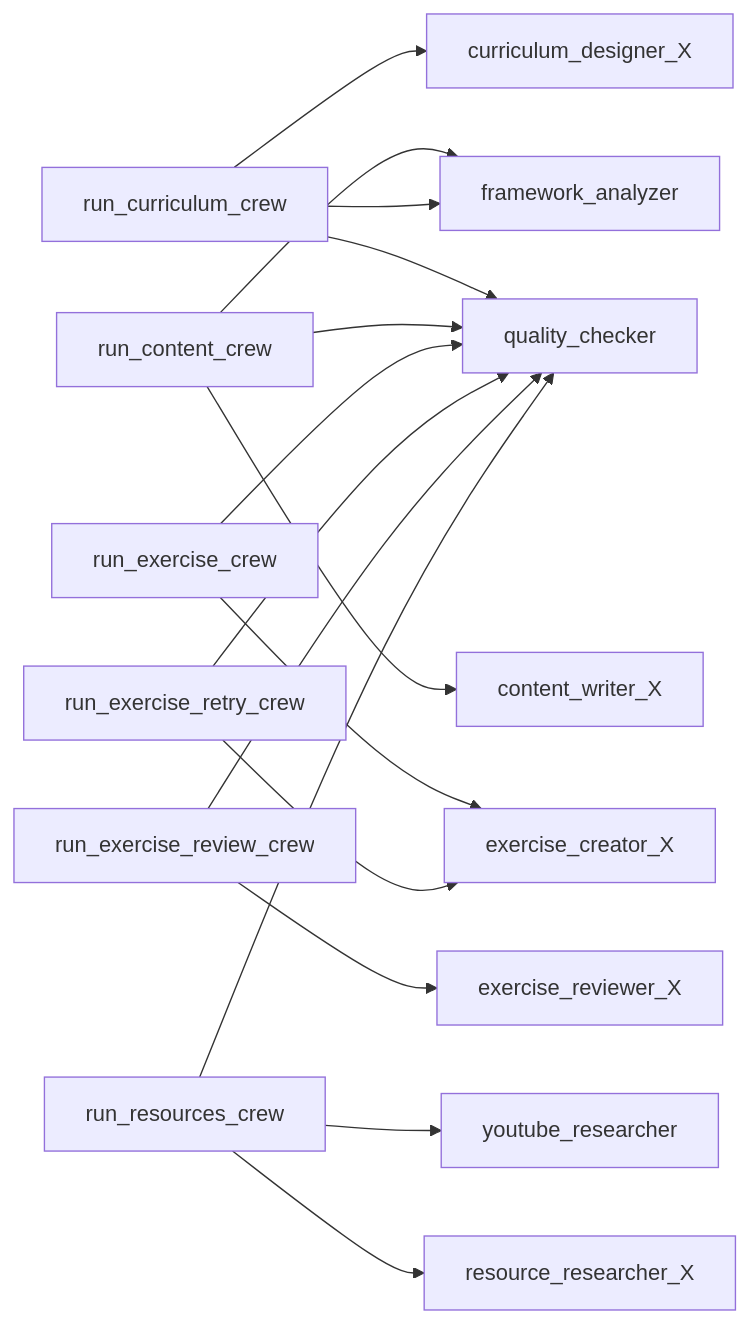
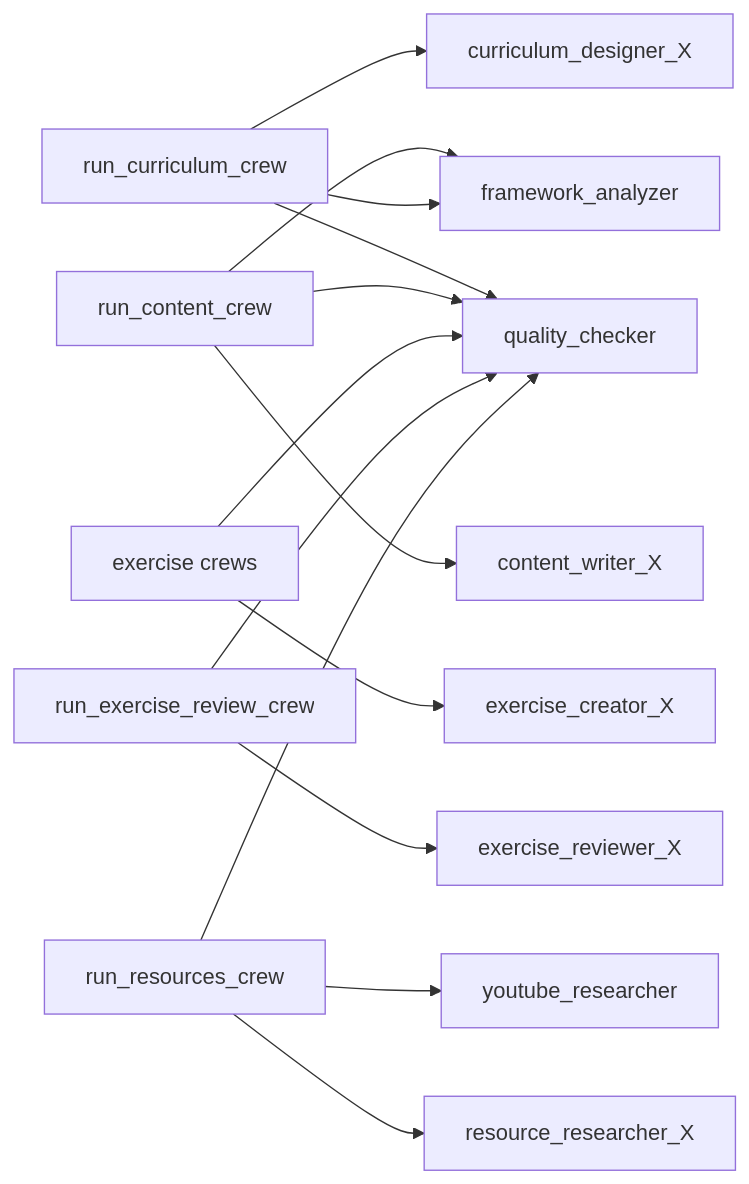
One commit to Dockdep/LessonHub changed the second of 2 diagrams in diagrams/ai/04-agents.md. Above: the diagram before and after it, drawn with Mermaid. The commit also changed other lines of this file and 36 other files, not shown here.

````diff
--- a/diagrams/ai/04-agents.md
+++ b/diagrams/ai/04-agents.md
@@ -161,19 +51,17 @@
 ```mermaid
 flowchart LR
   cur_c[run_curriculum_crew] --> cda[curriculum_designer_X]
   con_c[run_content_crew] --> cwa[content_writer_X]
   con_c --> faa[framework_analyzer]
   cur_c --> faa
-  ex_c[run_exercise_crew] --> eca[exercise_creator_X]
-  ex_rc[run_exercise_retry_crew] --> eca
+  ex_c[exercise crews] --> eca[exercise_creator_X]
   rev_c[run_exercise_review_crew] --> era[exercise_reviewer_X]
   res_c[run_resources_crew] --> ytra[youtube_researcher]
   res_c --> rra[resource_researcher_X]
 
   cur_c --> qc[quality_checker]
   con_c --> qc
   ex_c --> qc
-  ex_rc --> qc
   rev_c --> qc
   res_c --> qc
 ```
````
